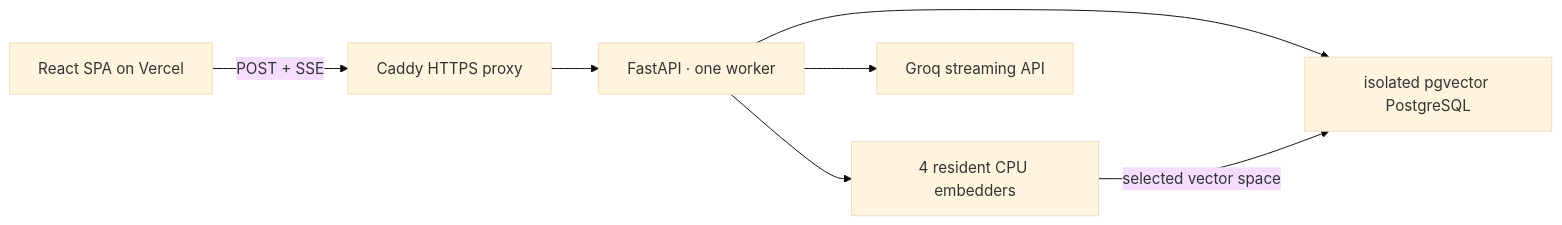
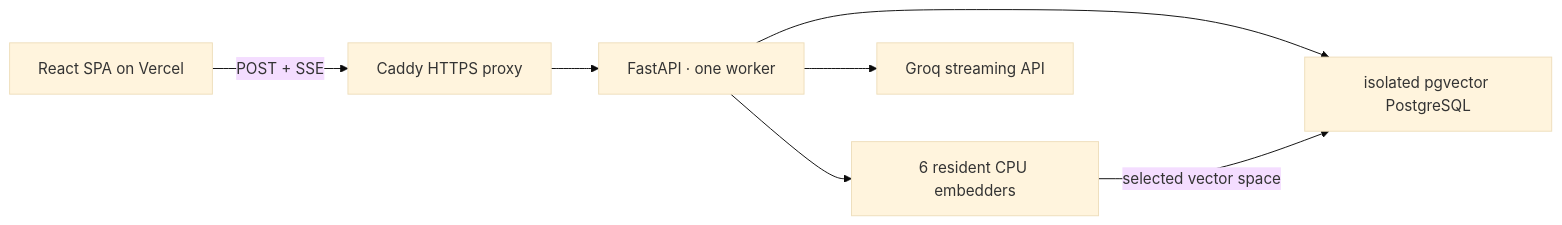
The diagram in README.md (Yash456k/rag-playground), drawn with Mermaid (base theme) before and after one commit. The commit also changed other lines of this file and 51 other files, not shown here.

````diff
--- a/README.md
+++ b/README.md
@@ -16,9 +23,9 @@
 ```mermaid
 flowchart LR
     Browser["React SPA on Vercel"] -->|"POST + SSE"| Caddy["Caddy HTTPS proxy"]
     Caddy --> API["FastAPI · one worker"]
-    API --> Registry["4 resident CPU embedders"]
+    API --> Registry["6 resident CPU embedders"]
     API --> PG["isolated pgvector PostgreSQL"]
     API --> Groq["Groq streaming API"]
     Registry -->|"selected vector space"| PG
 ```
````
